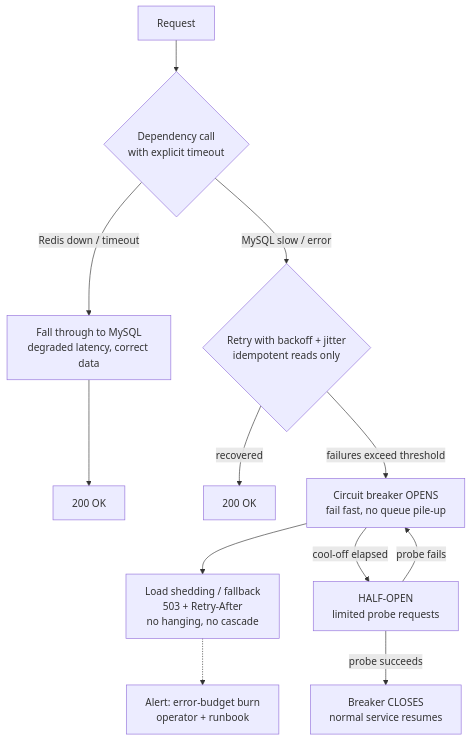
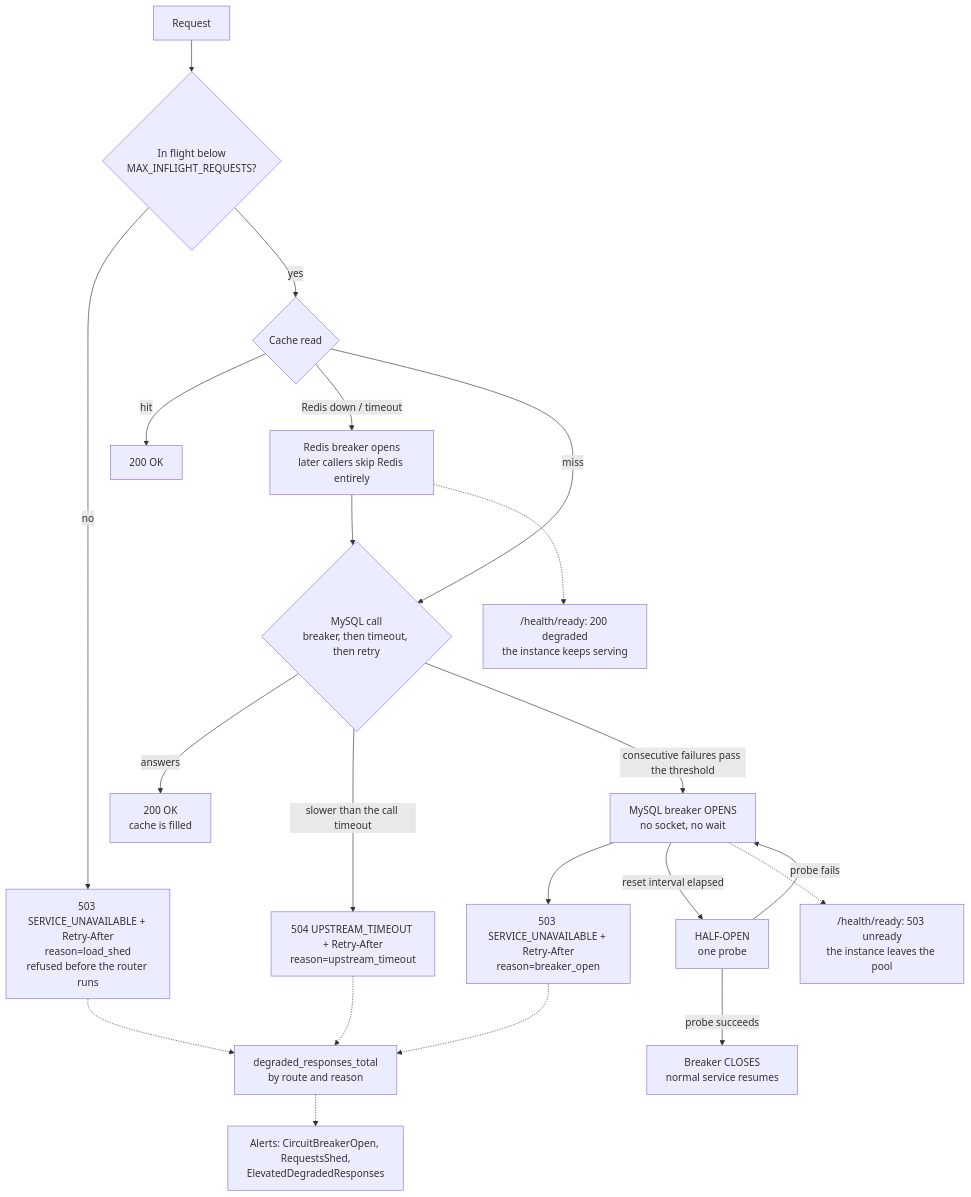
One commit to sibomana-si/scalable-content-platform changed the fourth of 4 diagrams in docs/architecture/diagrams/README.md. Above: the diagram before and after it, drawn with Mermaid. The commit also changed other lines of this file and 28 other files, not shown here.

Commit message:
answer every dependency failure instead of hanging on it

````diff
--- a/docs/architecture/diagrams/README.md
+++ b/docs/architecture/diagrams/README.md
@@ -137,18 +139,27 @@
 ```mermaid
 graph TD
-    req[Request] --> path{Dependency call<br/>with explicit timeout}
+    req[Request] --> gate{In flight below<br/>MAX_INFLIGHT_REQUESTS?}
+    gate -- no --> shed["503 SERVICE_UNAVAILABLE + Retry-After<br/>reason=load_shed<br/>refused before the router runs"]
+    gate -- yes --> cache{Cache read}
 
-    path -- "Redis down / timeout" --> fallthrough[Fall through to MySQL<br/>degraded latency, correct data]
-    fallthrough --> ok1[200 OK]
+    cache -- hit --> ok1[200 OK]
+    cache -- "Redis down / timeout" --> rcb[Redis breaker opens<br/>later callers skip Redis entirely]
+    rcb --> db
+    cache -- miss --> db{"MySQL call<br/>breaker, then timeout, then retry"}
 
-    path -- "MySQL slow / error" --> retry{Retry with backoff + jitter<br/>idempotent reads only}
-    retry -- recovered --> ok2[200 OK]
-    retry -- "failures exceed threshold" --> cb[Circuit breaker OPENS<br/>fail fast, no queue pile-up]
-
-    cb --> shed[Load shedding / fallback<br/>503 + Retry-After<br/>no hanging, no cascade]
-    cb -- "cool-off elapsed" --> half[HALF-OPEN<br/>limited probe requests]
+    db -- answers --> ok2[200 OK<br/>cache is filled]
+    db -- "slower than the call timeout" --> to["504 UPSTREAM_TIMEOUT + Retry-After<br/>reason=upstream_timeout"]
+    db -- "consecutive failures pass the threshold" --> cb[MySQL breaker OPENS<br/>no socket, no wait]
+    cb --> unavail["503 SERVICE_UNAVAILABLE + Retry-After<br/>reason=breaker_open"]
+    cb -- "reset interval elapsed" --> half[HALF-OPEN<br/>one probe]
     half -- "probe succeeds" --> closed[Breaker CLOSES<br/>normal service resumes]
     half -- "probe fails" --> cb
 
-    shed -.-> alert[Alert: error-budget burn<br/>operator + runbook]
+    shed -.-> deg[degraded_responses_total<br/>by route and reason]
+    to -.-> deg
+    unavail -.-> deg
+    deg -.-> alert[Alerts: CircuitBreakerOpen, RequestsShed,<br/>ElevatedDegradedResponses]
+
+    rcb -.-> ready["/health/ready: 200 degraded<br/>the instance keeps serving"]
+    cb -.-> unready["/health/ready: 503 unready<br/>the instance leaves the pool"]
 ```
````
